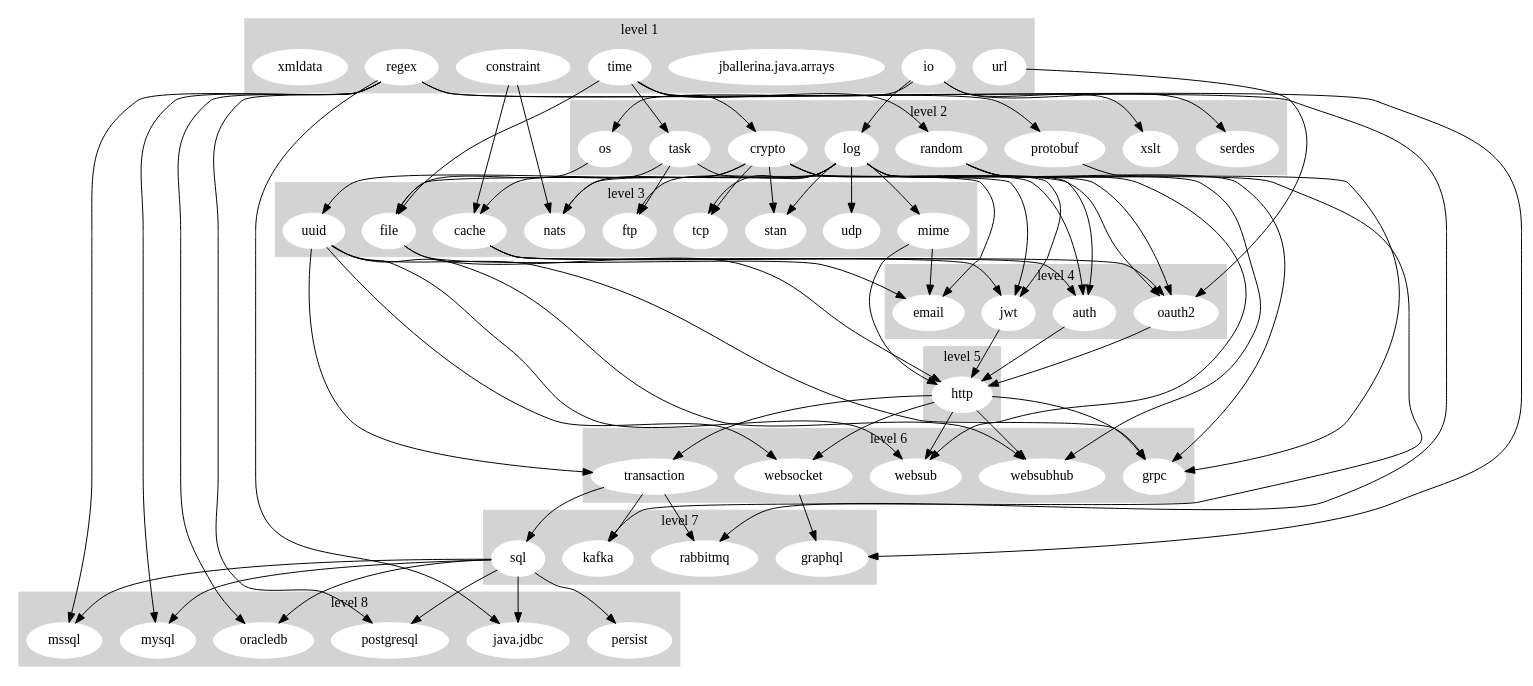
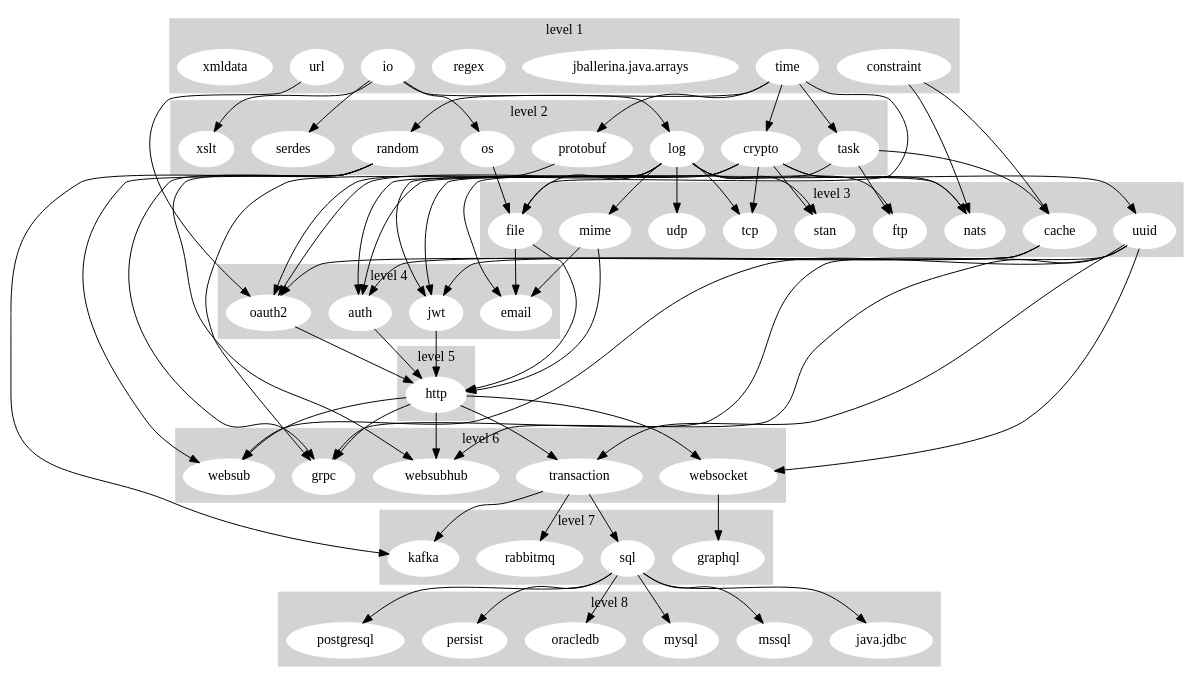
Before and after one commit to ballerina-platform/ballerina-release: the diagram in dashboard/stdlib_graph.gv, drawn with Graphviz.

Commit message:
[Automated] Update Stdlib Dependency Graph

```diff
--- a/dashboard/stdlib_graph.gv
+++ b/dashboard/stdlib_graph.gv
@@ -1,161 +1,154 @@
 digraph "Stdlib Dependency Graph" {
 	subgraph cluster_1 {
 		node [color=white style=filled]
 		color=lightgrey style=filled
 		constraint
 		io
 		"jballerina.java.arrays"
 		regex
 		time
 		url
 		xmldata
 		label="level 1"
 	}
 	subgraph cluster_2 {
 		node [color=white style=filled]
 		color=lightgrey style=filled
 		crypto
 		log
 		os
 		protobuf
 		random
 		serdes
 		task
 		xslt
 		label="level 2"
 	}
 	subgraph cluster_3 {
 		node [color=white style=filled]
 		color=lightgrey style=filled
 		cache
 		file
 		ftp
 		mime
 		nats
 		stan
 		tcp
 		udp
 		uuid
 		label="level 3"
 	}
 	subgraph cluster_4 {
 		node [color=white style=filled]
 		color=lightgrey style=filled
 		auth
 		email
 		jwt
 		oauth2
 		label="level 4"
 	}
 	subgraph cluster_5 {
 		node [color=white style=filled]
 		color=lightgrey style=filled
 		http
 		label="level 5"
 	}
 	subgraph cluster_6 {
 		node [color=white style=filled]
 		color=lightgrey style=filled
 		grpc
 		transaction
 		websocket
 		websub
 		websubhub
 		label="level 6"
 	}
 	subgraph cluster_7 {
 		node [color=white style=filled]
 		color=lightgrey style=filled
 		graphql
 		kafka
 		rabbitmq
 		sql
 		label="level 7"
 	}
 	subgraph cluster_8 {
 		node [color=white style=filled]
 		color=lightgrey style=filled
 		"java.jdbc"
 		mssql
 		mysql
 		oracledb
 		persist
 		postgresql
 		label="level 8"
 	}
 	constraint -> cache
 	constraint -> nats
 	io -> log
 	io -> os
 	io -> serdes
 	io -> xslt
-	regex -> graphql
-	regex -> "java.jdbc"
-	regex -> mssql
-	regex -> mysql
-	regex -> oracledb
-	regex -> postgresql
-	regex -> rabbitmq
 	time -> crypto
 	time -> file
 	time -> protobuf
 	time -> random
 	time -> task
 	url -> oauth2
 	crypto -> auth
 	crypto -> jwt
 	crypto -> nats
 	crypto -> oauth2
 	crypto -> stan
 	crypto -> tcp
 	crypto -> uuid
 	log -> auth
 	log -> file
 	log -> ftp
 	log -> jwt
 	log -> mime
 	log -> nats
 	log -> oauth2
 	log -> stan
 	log -> tcp
 	log -> udp
 	os -> file
 	protobuf -> grpc
 	random -> grpc
 	random -> kafka
 	random -> websub
 	random -> websubhub
 	task -> cache
 	task -> email
 	task -> ftp
 	cache -> auth
 	cache -> jwt
 	cache -> oauth2
 	file -> email
 	file -> http
 	mime -> email
 	mime -> http
 	uuid -> grpc
 	uuid -> transaction
 	uuid -> websocket
 	uuid -> websub
 	uuid -> websubhub
 	auth -> http
 	jwt -> http
 	oauth2 -> http
 	http -> grpc
 	http -> transaction
 	http -> websocket
 	http -> websub
 	http -> websubhub
 	transaction -> kafka
 	transaction -> rabbitmq
 	transaction -> sql
 	websocket -> graphql
 	sql -> "java.jdbc"
 	sql -> mssql
 	sql -> mysql
 	sql -> oracledb
 	sql -> persist
 	sql -> postgresql
 }
```
